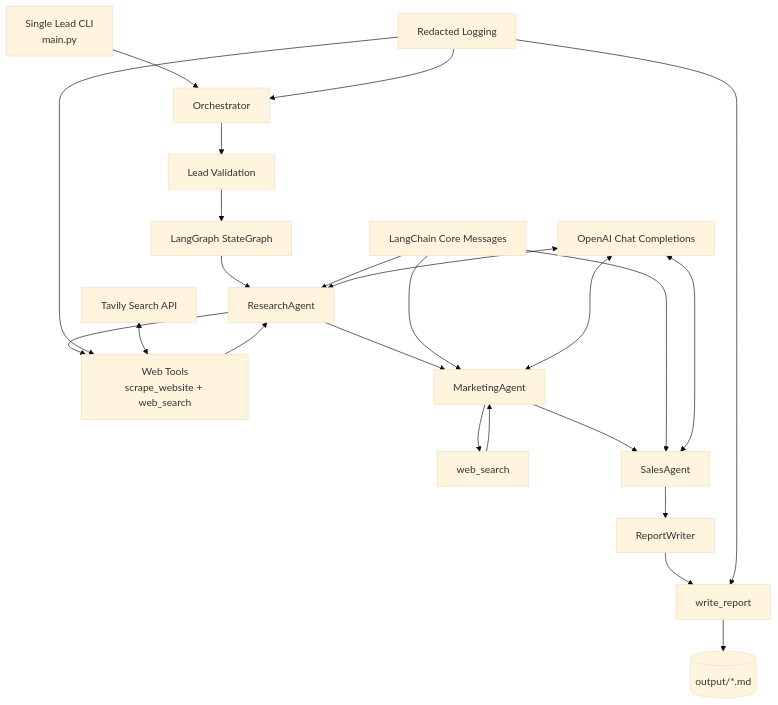
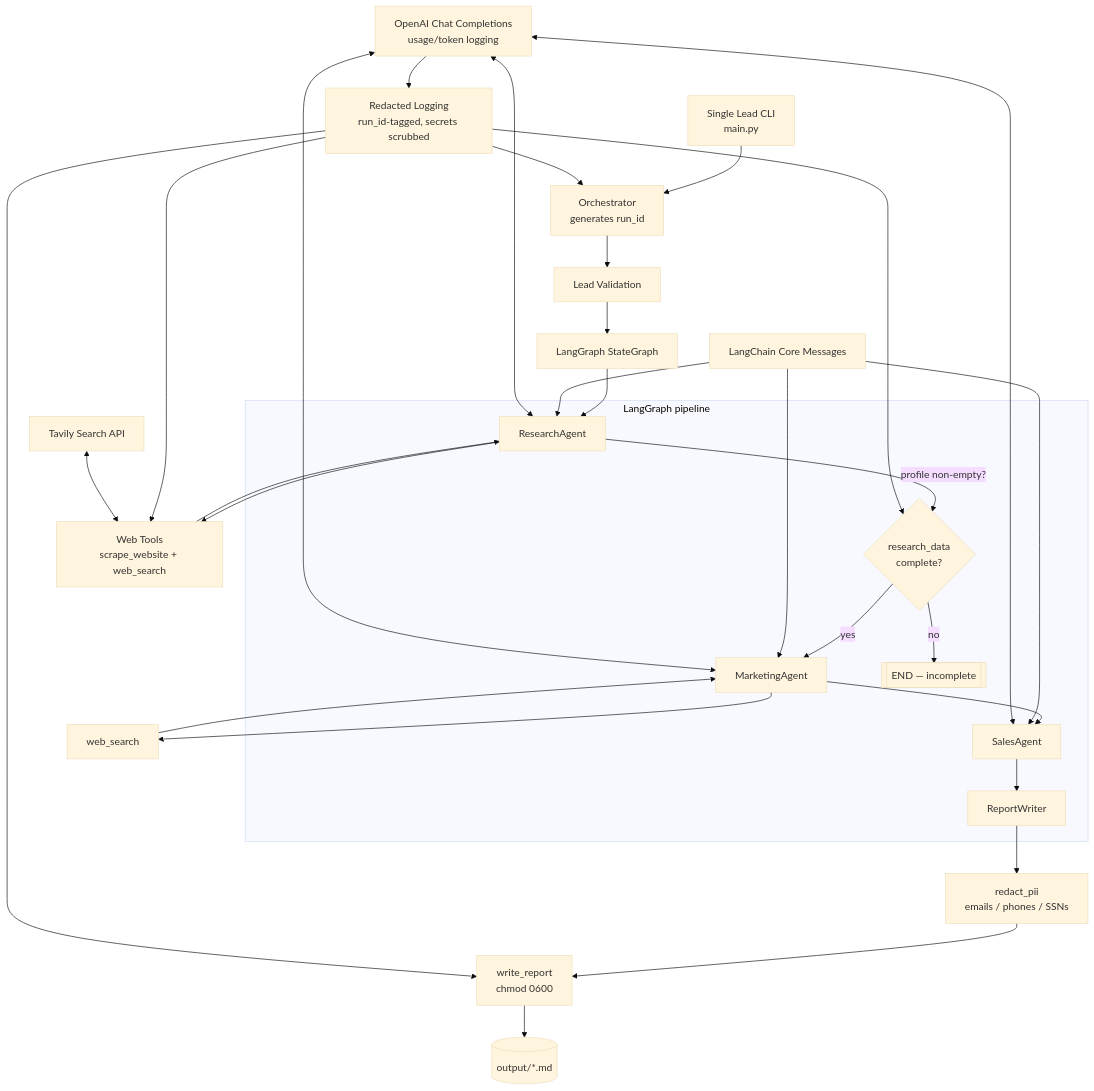
Before and after one commit to jrrene7/COA-Agent: the diagram in docs/architecture.md, drawn with Mermaid (base theme). The commit also changed other lines of this file, not shown here.

Commit message:
mermaid diagram update

````diff
--- a/docs/architecture.md
+++ b/docs/architecture.md
@@ -5,31 +5,39 @@
 ```mermaid
 flowchart TD
-    CLI[Single Lead CLI<br/>main.py] --> ORCH[Orchestrator]
+    CLI[Single Lead CLI<br/>main.py] --> ORCH[Orchestrator<br/>generates run_id]
     ORCH --> VALIDATE[Lead Validation]
     VALIDATE --> MACHINE[LangGraph StateGraph]
 
-    MACHINE --> RESEARCH[ResearchAgent]
+    subgraph GRAPH[LangGraph pipeline]
+        RESEARCH[ResearchAgent] -->|"profile non-empty?"| ROUTE{research_data<br/>complete?}
+        ROUTE -->|yes| MARKETING[MarketingAgent]
+        ROUTE -->|no| ABORT[[END — incomplete]]
+        MARKETING --> SALES[SalesAgent]
+        SALES --> REPORT[ReportWriter]
+    end
+
+    MACHINE --> RESEARCH
     RESEARCH --> WEBTOOLS[Web Tools<br/>scrape_website + web_search]
     WEBTOOLS --> RESEARCH
-
-    RESEARCH --> MARKETING[MarketingAgent]
     MARKETING --> SEARCH[web_search]
     SEARCH --> MARKETING
 
-    MARKETING --> SALES[SalesAgent]
-    SALES --> REPORT[ReportWriter]
-    REPORT --> FILETOOL[write_report]
+    REPORT --> REDACT[redact_pii<br/>emails / phones / SSNs]
+    REDACT --> FILETOOL[write_report<br/>chmod 0600]
     FILETOOL --> OUTPUT[(output/*.md)]
 
     MSG[LangChain Core Messages] --> RESEARCH
     MSG --> MARKETING
     MSG --> SALES
-    LOG[Redacted Logging] --> ORCH
+
+    LOG[Redacted Logging<br/>run_id-tagged, secrets scrubbed] --> ORCH
+    LOG --> ROUTE
     LOG --> WEBTOOLS
     LOG --> FILETOOL
 
-    LLM[OpenAI Chat Completions] <--> RESEARCH
+    LLM[OpenAI Chat Completions<br/>usage/token logging] <--> RESEARCH
     LLM <--> MARKETING
     LLM <--> SALES
+    LLM --> LOG
     TAVILY[Tavily Search API] <--> WEBTOOLS
 ```
````
